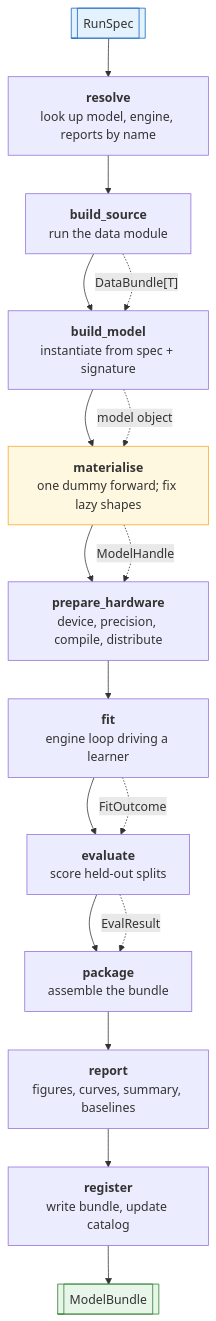
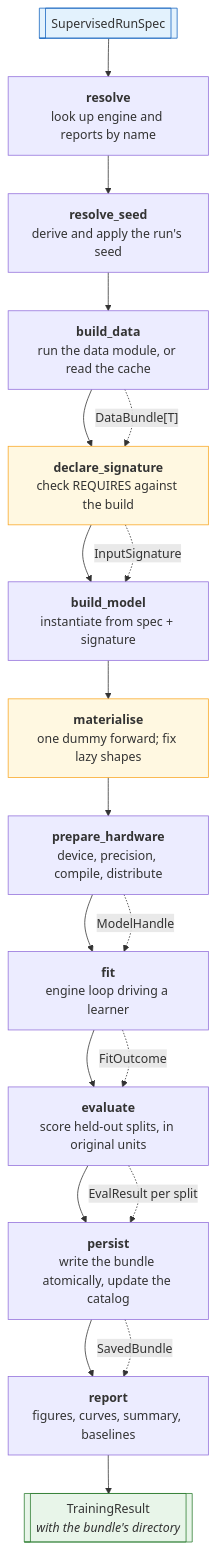
One commit to JStevens95/QuantStrata changed the eighth of 18 diagrams in src/rade_qnet/docs/ARCHITECTURE.md. Above: the diagram before and after it, drawn with Mermaid. The commit also changed other lines of this file and 2 other files, not shown here.

First line of the commit message:
Bring ARCHITECTURE.md up to date, and mark what is planned

````diff
--- a/src/rade_qnet/docs/ARCHITECTURE.md
+++ b/src/rade_qnet/docs/ARCHITECTURE.md
@@ -361,28 +418,31 @@
 ```mermaid
 flowchart TD
-    SPEC[["RunSpec"]]
+    SPEC[["SupervisedRunSpec"]]
 
-    S1["<b>resolve</b><br/>look up model, engine, reports by name"]
-    S2["<b>build_source</b><br/>run the data module"]
-    S3["<b>build_model</b><br/>instantiate from spec + signature"]
-    S4["<b>materialise</b><br/>one dummy forward; fix lazy shapes"]
-    S5["<b>prepare_hardware</b><br/>device, precision, compile, distribute"]
-    S6["<b>fit</b><br/>engine loop driving a learner"]
-    S7["<b>evaluate</b><br/>score held-out splits"]
-    S8["<b>package</b><br/>assemble the bundle"]
-    S9["<b>report</b><br/>figures, curves, summary, baselines"]
-    S10["<b>register</b><br/>write bundle, update catalog"]
+    S1["<b>resolve</b><br/>look up engine and reports by name"]
+    S2["<b>resolve_seed</b><br/>derive and apply the run's seed"]
+    S3["<b>build_data</b><br/>run the data module, or read the cache"]
+    S4["<b>declare_signature</b><br/>check REQUIRES against the build"]
+    S5["<b>build_model</b><br/>instantiate from spec + signature"]
+    S6["<b>materialise</b><br/>one dummy forward; fix lazy shapes"]
+    S7["<b>prepare_hardware</b><br/>device, precision, compile, distribute"]
+    S8["<b>fit</b><br/>engine loop driving a learner"]
+    S9["<b>evaluate</b><br/>score held-out splits, in original units"]
+    S10["<b>persist</b><br/>write the bundle atomically, update the catalog"]
+    S11["<b>report</b><br/>figures, curves, summary, baselines"]
 
-    SPEC --> S1 --> S2 --> S3 --> S4 --> S5 --> S6 --> S7 --> S8 --> S9 --> S10
-    S10 --> OUT[["ModelBundle"]]
+    SPEC --> S1 --> S2 --> S3 --> S4 --> S5 --> S6 --> S7 --> S8 --> S9 --> S10 --> S11
+    S11 --> OUT[["TrainingResult<br/><i>with the bundle's directory</i>"]]
 
-    S2 -. "DataBundle[T]" .-> S3
-    S3 -. "model object" .-> S4
-    S4 -. "ModelHandle" .-> S5
-    S6 -. "FitOutcome" .-> S7
-    S7 -. "EvalResult" .-> S8
+    S3 -. "DataBundle[T]" .-> S4
+    S4 -. "InputSignature" .-> S5
+    S7 -. "ModelHandle" .-> S8
+    S8 -. "FitOutcome" .-> S9
+    S9 -. "EvalResult per split" .-> S10
+    S10 -. "SavedBundle" .-> S11
 
     style SPEC fill:#e3f2fd,stroke:#1565c0
     style OUT fill:#e8f5e9,stroke:#2e7d32
     style S4 fill:#fff8e1,stroke:#f9a825
+    style S6 fill:#fff8e1,stroke:#f9a825
 ```
````
